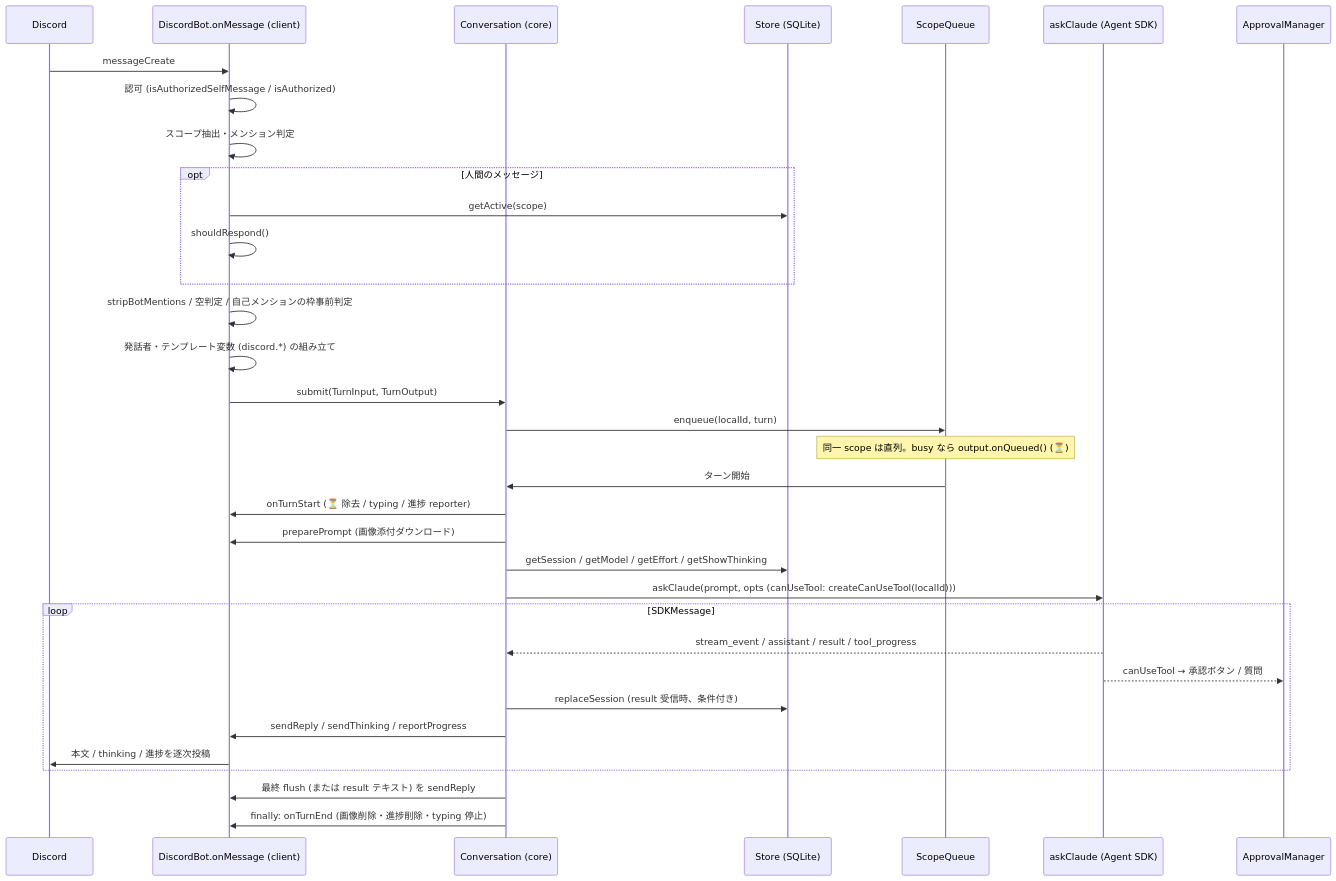
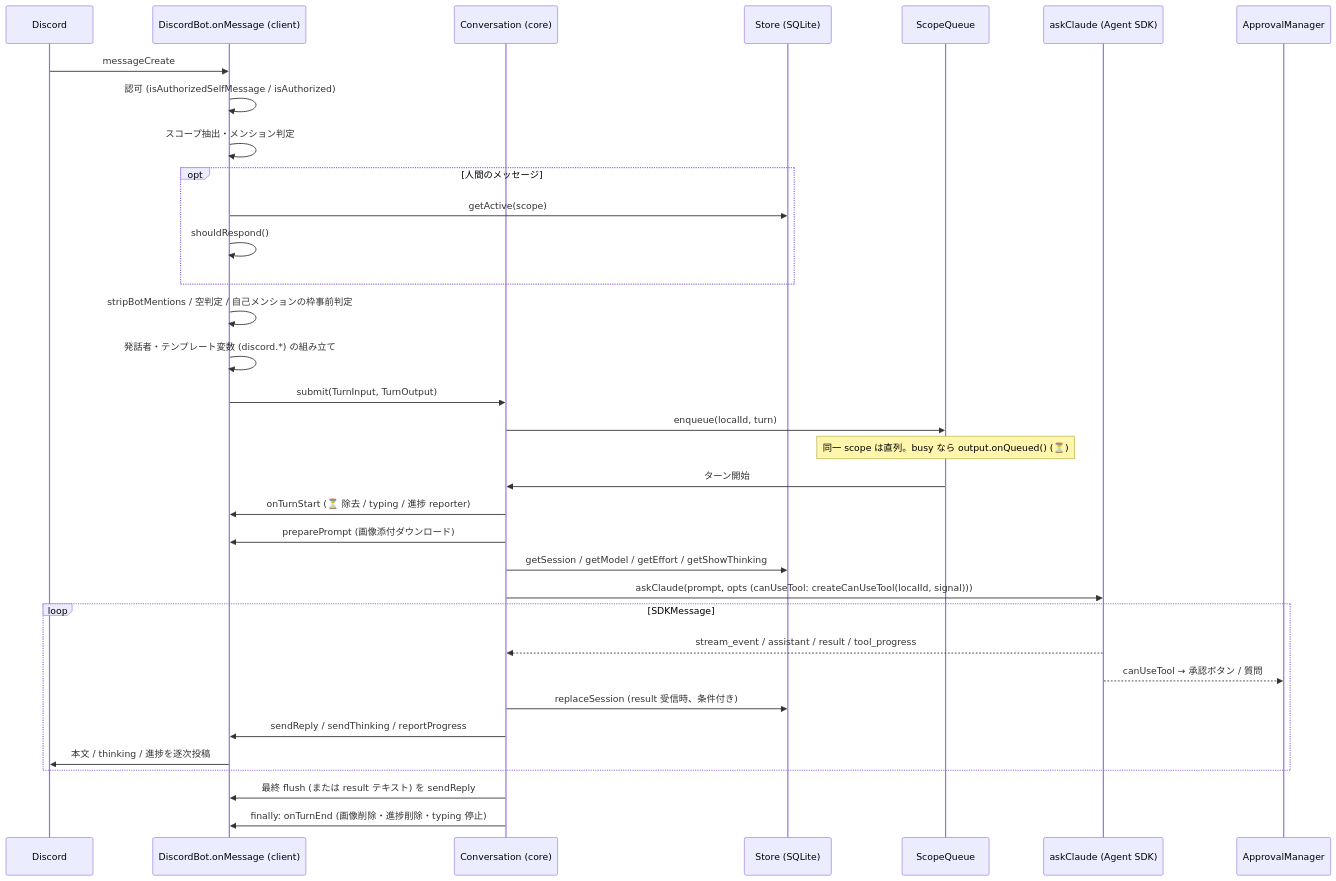
Before and after one commit to ansanloms/loms-claw: the diagram in docs/architecture/message-flow.md, drawn with Mermaid. The commit also changed other lines of this file and 15 other files, not shown here.

````diff
--- a/docs/architecture/message-flow.md
+++ b/docs/architecture/message-flow.md
@@ -38,37 +38,37 @@
 ```mermaid
 sequenceDiagram
     participant D as Discord
     participant B as DiscordBot.onMessage (client)
     participant K as Conversation (core)
     participant S as Store (SQLite)
     participant Q as ScopeQueue
     participant C as askClaude (Agent SDK)
     participant A as ApprovalManager
 
     D->>B: messageCreate
     B->>B: 認可 (isAuthorizedSelfMessage / isAuthorized)
     B->>B: スコープ抽出・メンション判定
     opt 人間のメッセージ
         B->>S: getActive(scope)
         B->>B: shouldRespond()
     end
     B->>B: stripBotMentions / 空判定 / 自己メンションの枠事前判定
     B->>B: 発話者・テンプレート変数 (discord.*) の組み立て
     B->>K: submit(TurnInput, TurnOutput)
     K->>Q: enqueue(localId, turn)
     Note over Q: 同一 scope は直列。busy なら output.onQueued() (⏳)
     Q->>K: ターン開始
     K->>B: onTurnStart (⏳ 除去 / typing / 進捗 reporter)
     K->>B: preparePrompt (画像添付ダウンロード)
     K->>S: getSession / getModel / getEffort / getShowThinking
-    K->>C: askClaude(prompt, opts (canUseTool: createCanUseTool(localId)))
+    K->>C: askClaude(prompt, opts (canUseTool: createCanUseTool(localId, signal)))
     loop SDKMessage
         C-->>K: stream_event / assistant / result / tool_progress
         C-->>A: canUseTool → 承認ボタン / 質問
         K->>S: replaceSession (result 受信時、条件付き)
         K->>B: sendReply / sendThinking / reportProgress
         B->>D: 本文 / thinking / 進捗を逐次投稿
     end
     K->>B: 最終 flush (または result テキスト) を sendReply
     K->>B: finally: onTurnEnd (画像削除・進捗削除・typing 停止)
 ```
````
